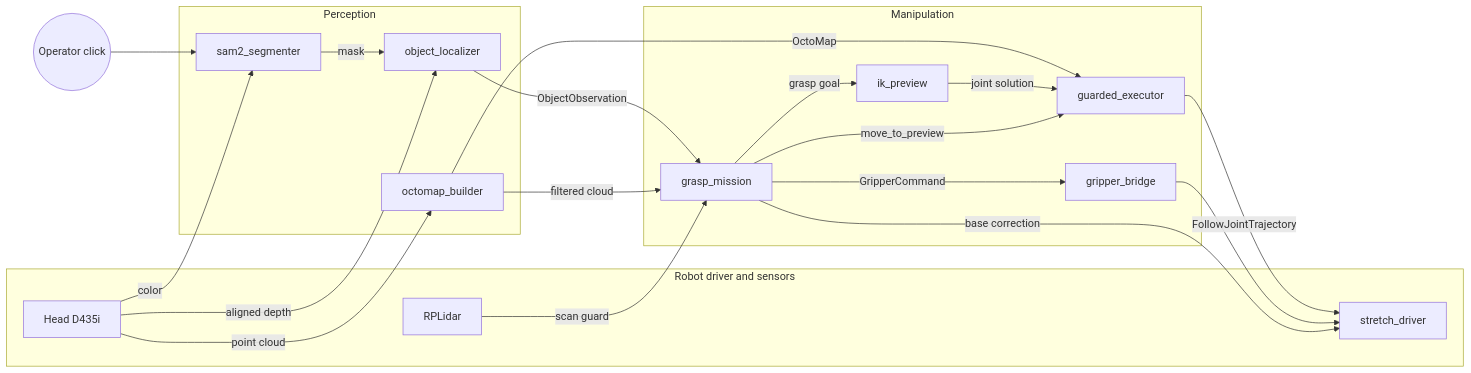
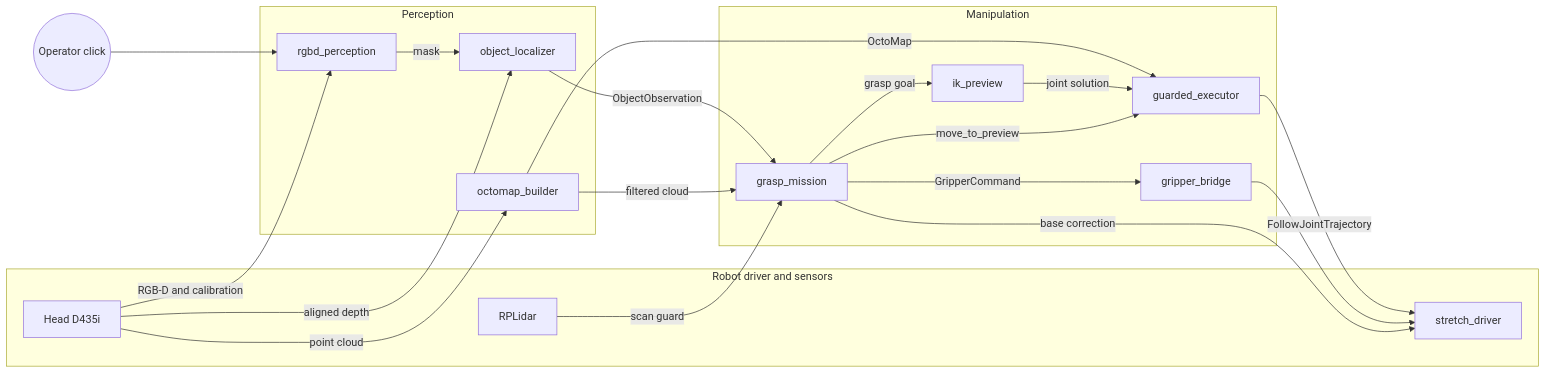
Before and after one commit to JLUAS/stretch3-ik: the first of 2 diagrams in README.md, drawn with Mermaid. The commit also changed other lines of this file and 80 other files, not shown here.

Commit message:
Replace SAM perception with shared RGB-D tracking and camera geometry

````diff
--- a/README.md
+++ b/README.md
@@ -41,38 +43,38 @@
 ```mermaid
 flowchart LR
   subgraph Robot["Robot driver and sensors"]
     D435[Head D435i]
     LIDAR[RPLidar]
     DRV[stretch_driver]
   end
 
   subgraph Perception
-    SEG[sam2_segmenter]
+    SEG[rgbd_perception]
     LOC[object_localizer]
     OCT[octomap_builder]
   end
 
   subgraph Manipulation
     MIS[grasp_mission]
     IK[ik_preview]
     EXE[guarded_executor]
     GRIP[gripper_bridge]
   end
 
   OP((Operator click)) --> SEG
-  D435 -- color --> SEG
+  D435 -- RGB-D and calibration --> SEG
   SEG -- mask --> LOC
   D435 -- aligned depth --> LOC
   D435 -- point cloud --> OCT
   LOC -- ObjectObservation --> MIS
   OCT -- filtered cloud --> MIS
   OCT -- OctoMap --> EXE
   MIS -- grasp goal --> IK
   IK -- joint solution --> EXE
   MIS -- move_to_preview --> EXE
   EXE -- FollowJointTrajectory --> DRV
   MIS -- GripperCommand --> GRIP
   GRIP --> DRV
   MIS -- base correction --> DRV
   LIDAR -- scan guard --> MIS
 ```
````
